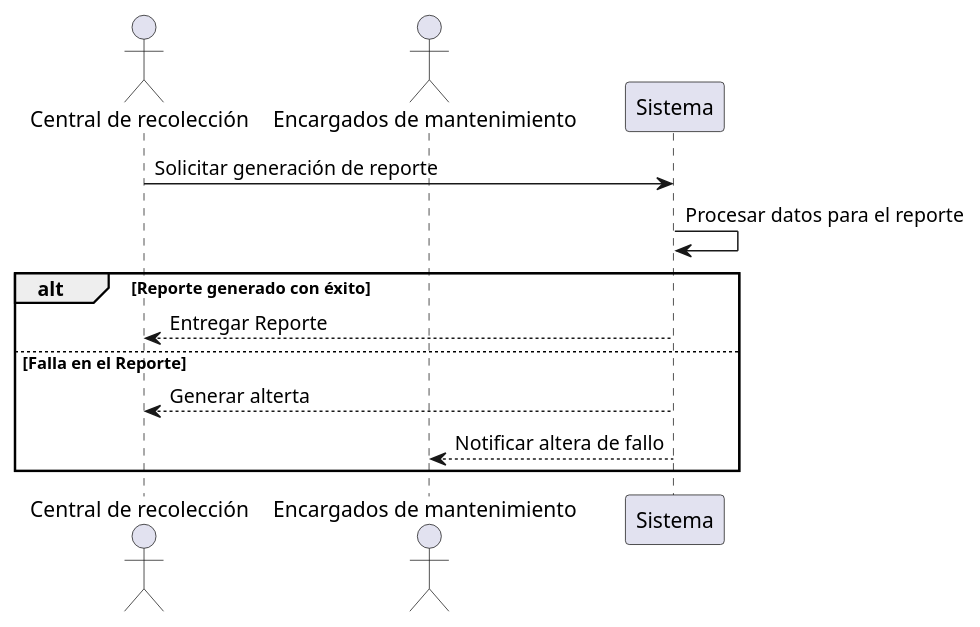
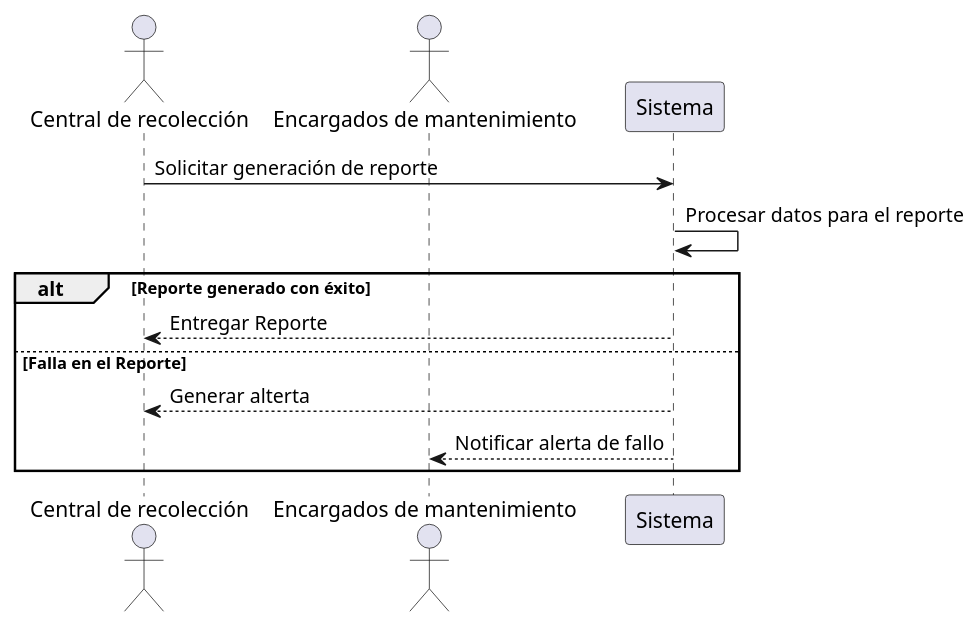
One commit to diss17/proyecto_is1 changed the diagram in 04_ayudantia/US1_Diagrama_Secuencia.puml. Above: the diagram before and after it, drawn with PlantUML. The commit also changed 1 other file, not shown here.

Commit message:
Añadí el diagrama de secuencia faltante

```diff
--- a/04_ayudantia/US1_Diagrama_Secuencia.puml
+++ b/04_ayudantia/US1_Diagrama_Secuencia.puml
@@ -1,16 +1,16 @@
-@startuml
+@startuml k
 
 actor "Central de recolección" as Central
 actor "Encargados de mantenimiento" as Mantenimiento
 
 participant "Sistema" as Sistema
 
 Central -> Sistema: Solicitar generación de reporte
 Sistema -> Sistema: Procesar datos para el reporte
 alt Reporte generado con éxito
     Sistema --> Central: Entregar Reporte
 else Falla en el Reporte
     Sistema --> Central: Generar alterta
-    Sistema --> Mantenimiento: Notificar altera de fallo
+    Sistema --> Mantenimiento: Notificar alerta de fallo
 end
 @enduml
```
